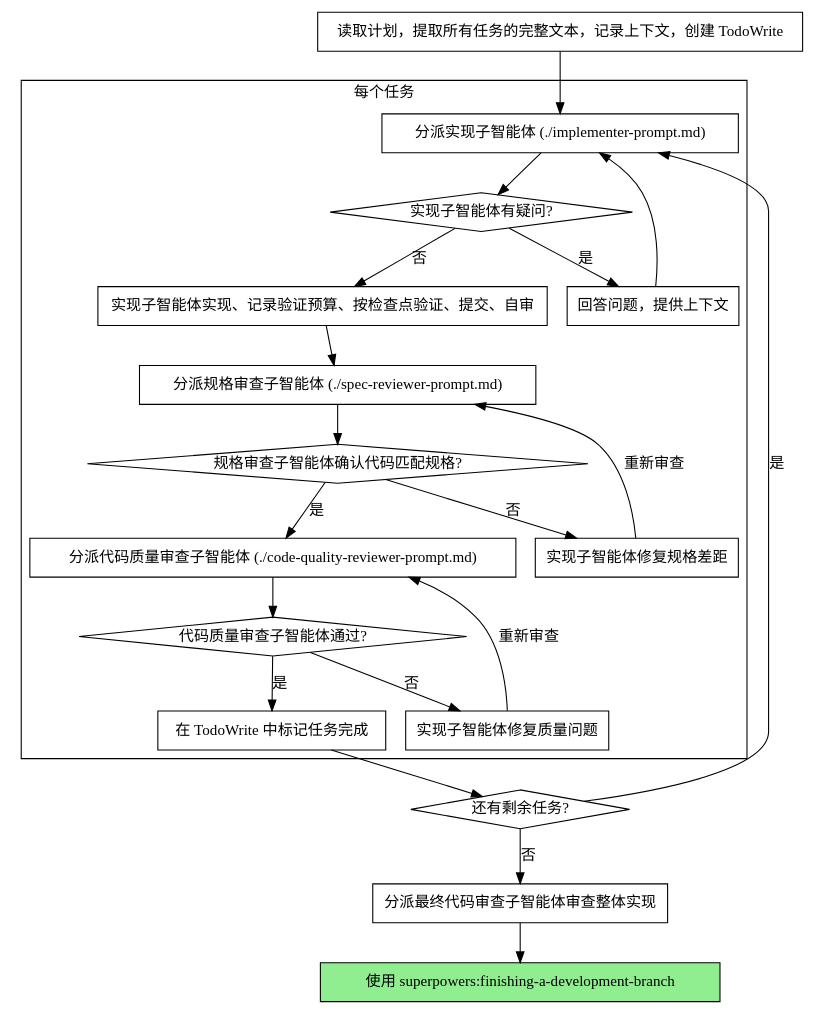
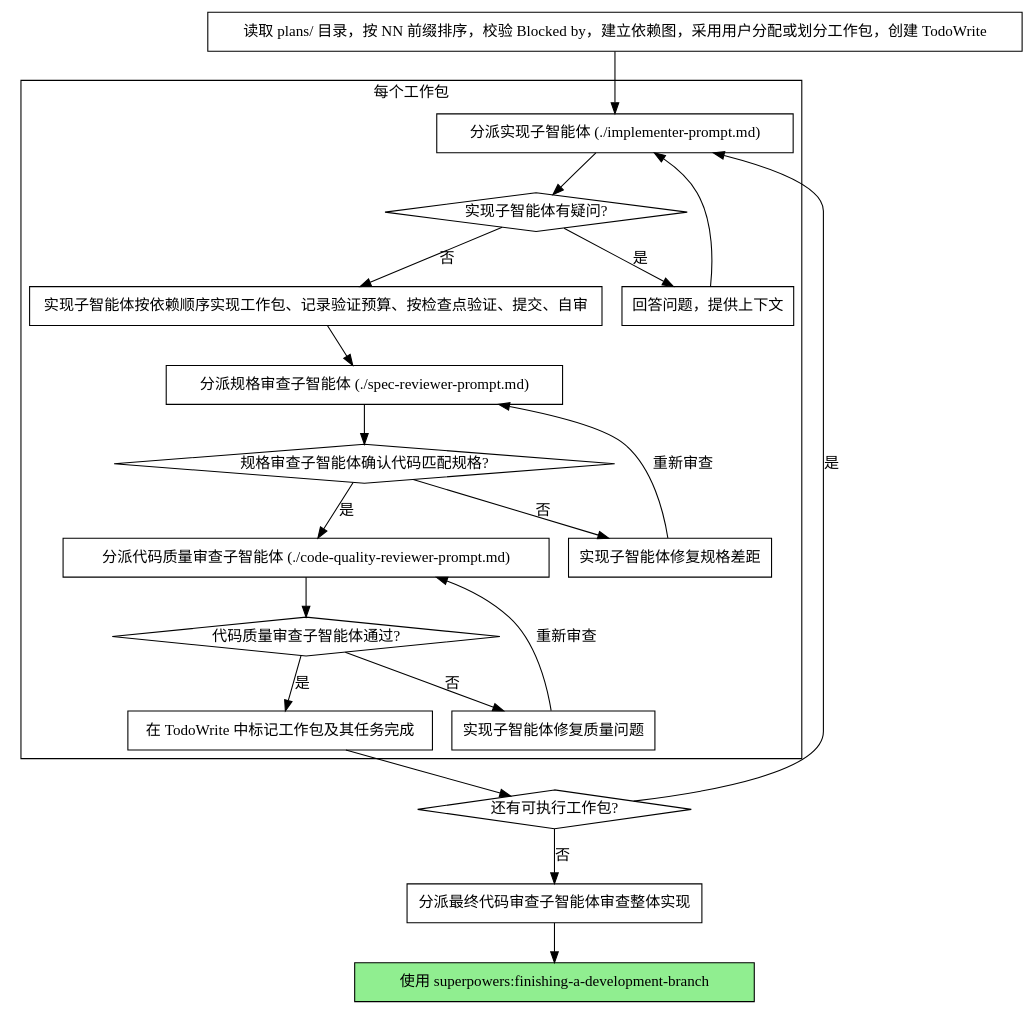
Before and after one commit to lzlQWQ/superpowers-zh-custom: the second of 2 diagrams in skills/subagent-driven-development/SKILL.md, drawn with Graphviz. The commit also changed other lines of this file and 24 other files, not shown here.

````diff
--- a/skills/subagent-driven-development/SKILL.md
+++ b/skills/subagent-driven-development/SKILL.md
@@ -48,44 +48,44 @@
 ```dot
 digraph process {
     rankdir=TB;
 
-    subgraph cluster_per_task {
-        label="每个任务";
+    subgraph cluster_per_work_package {
+        label="每个工作包";
         "分派实现子智能体 (./implementer-prompt.md)" [shape=box];
         "实现子智能体有疑问?" [shape=diamond];
         "回答问题，提供上下文" [shape=box];
-        "实现子智能体实现、记录验证预算、按检查点验证、提交、自审" [shape=box];
+        "实现子智能体按依赖顺序实现工作包、记录验证预算、按检查点验证、提交、自审" [shape=box];
         "分派规格审查子智能体 (./spec-reviewer-prompt.md)" [shape=box];
         "规格审查子智能体确认代码匹配规格?" [shape=diamond];
         "实现子智能体修复规格差距" [shape=box];
         "分派代码质量审查子智能体 (./code-quality-reviewer-prompt.md)" [shape=box];
         "代码质量审查子智能体通过?" [shape=diamond];
         "实现子智能体修复质量问题" [shape=box];
-        "在 TodoWrite 中标记任务完成" [shape=box];
+        "在 TodoWrite 中标记工作包及其任务完成" [shape=box];
     }
 
-    "读取计划，提取所有任务的完整文本，记录上下文，创建 TodoWrite" [shape=box];
-    "还有剩余任务?" [shape=diamond];
+    "读取 plans/ 目录，按 NN 前缀排序，校验 Blocked by，建立依赖图，采用用户分配或划分工作包，创建 TodoWrite" [shape=box];
+    "还有可执行工作包?" [shape=diamond];
     "分派最终代码审查子智能体审查整体实现" [shape=box];
     "使用 superpowers:finishing-a-development-branch" [shape=box style=filled fillcolor=lightgreen];
 
-    "读取计划，提取所有任务的完整文本，记录上下文，创建 TodoWrite" -> "分派实现子智能体 (./implementer-prompt.md)";
+    "读取 plans/ 目录，按 NN 前缀排序，校验 Blocked by，建立依赖图，采用用户分配或划分工作包，创建 TodoWrite" -> "分派实现子智能体 (./implementer-prompt.md)";
     "分派实现子智能体 (./implementer-prompt.md)" -> "实现子智能体有疑问?";
     "实现子智能体有疑问?" -> "回答问题，提供上下文" [label="是"];
     "回答问题，提供上下文" -> "分派实现子智能体 (./implementer-prompt.md)";
-    "实现子智能体有疑问?" -> "实现子智能体实现、记录验证预算、按检查点验证、提交、自审" [label="否"];
-    "实现子智能体实现、记录验证预算、按检查点验证、提交、自审" -> "分派规格审查子智能体 (./spec-reviewer-prompt.md)";
+    "实现子智能体有疑问?" -> "实现子智能体按依赖顺序实现工作包、记录验证预算、按检查点验证、提交、自审" [label="否"];
+    "实现子智能体按依赖顺序实现工作包、记录验证预算、按检查点验证、提交、自审" -> "分派规格审查子智能体 (./spec-reviewer-prompt.md)";
     "分派规格审查子智能体 (./spec-reviewer-prompt.md)" -> "规格审查子智能体确认代码匹配规格?";
     "规格审查子智能体确认代码匹配规格?" -> "实现子智能体修复规格差距" [label="否"];
     "实现子智能体修复规格差距" -> "分派规格审查子智能体 (./spec-reviewer-prompt.md)" [label="重新审查"];
     "规格审查子智能体确认代码匹配规格?" -> "分派代码质量审查子智能体 (./code-quality-reviewer-prompt.md)" [label="是"];
     "分派代码质量审查子智能体 (./code-quality-reviewer-prompt.md)" -> "代码质量审查子智能体通过?";
     "代码质量审查子智能体通过?" -> "实现子智能体修复质量问题" [label="否"];
     "实现子智能体修复质量问题" -> "分派代码质量审查子智能体 (./code-quality-reviewer-prompt.md)" [label="重新审查"];
-    "代码质量审查子智能体通过?" -> "在 TodoWrite 中标记任务完成" [label="是"];
-    "在 TodoWrite 中标记任务完成" -> "还有剩余任务?";
-    "还有剩余任务?" -> "分派实现子智能体 (./implementer-prompt.md)" [label="是"];
-    "还有剩余任务?" -> "分派最终代码审查子智能体审查整体实现" [label="否"];
+    "代码质量审查子智能体通过?" -> "在 TodoWrite 中标记工作包及其任务完成" [label="是"];
+    "在 TodoWrite 中标记工作包及其任务完成" -> "还有可执行工作包?";
+    "还有可执行工作包?" -> "分派实现子智能体 (./implementer-prompt.md)" [label="是"];
+    "还有可执行工作包?" -> "分派最终代码审查子智能体审查整体实现" [label="否"];
     "分派最终代码审查子智能体审查整体实现" -> "使用 superpowers:finishing-a-development-branch";
 }
 ```
````
